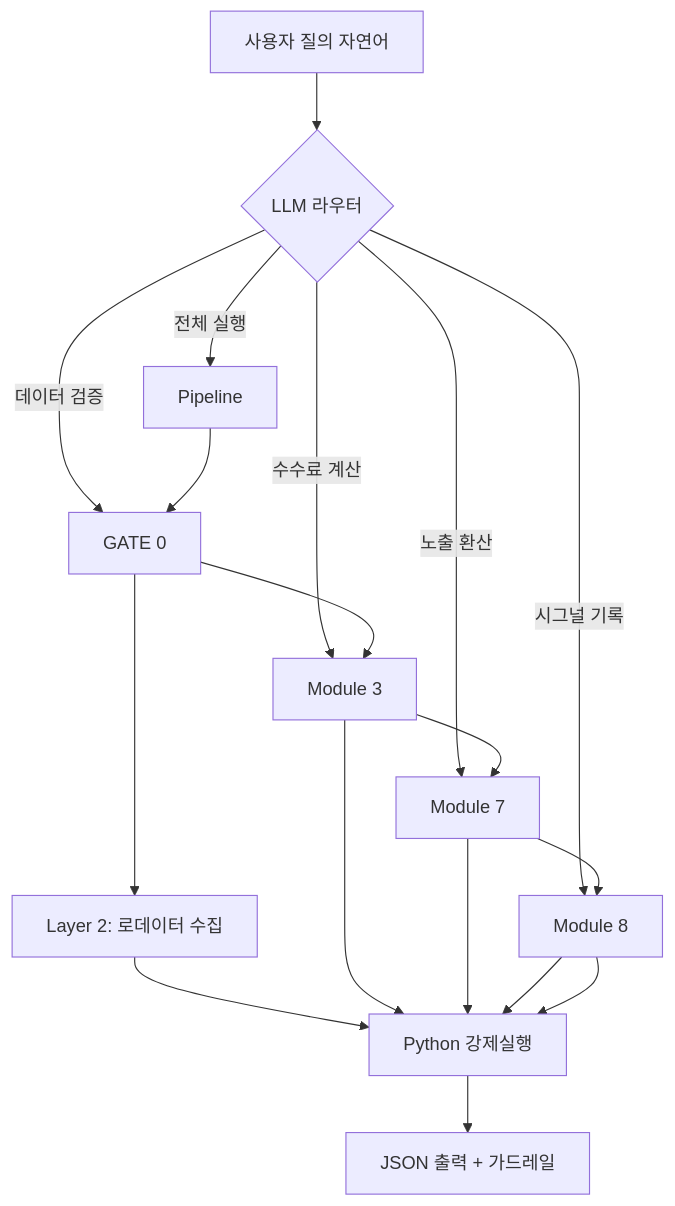
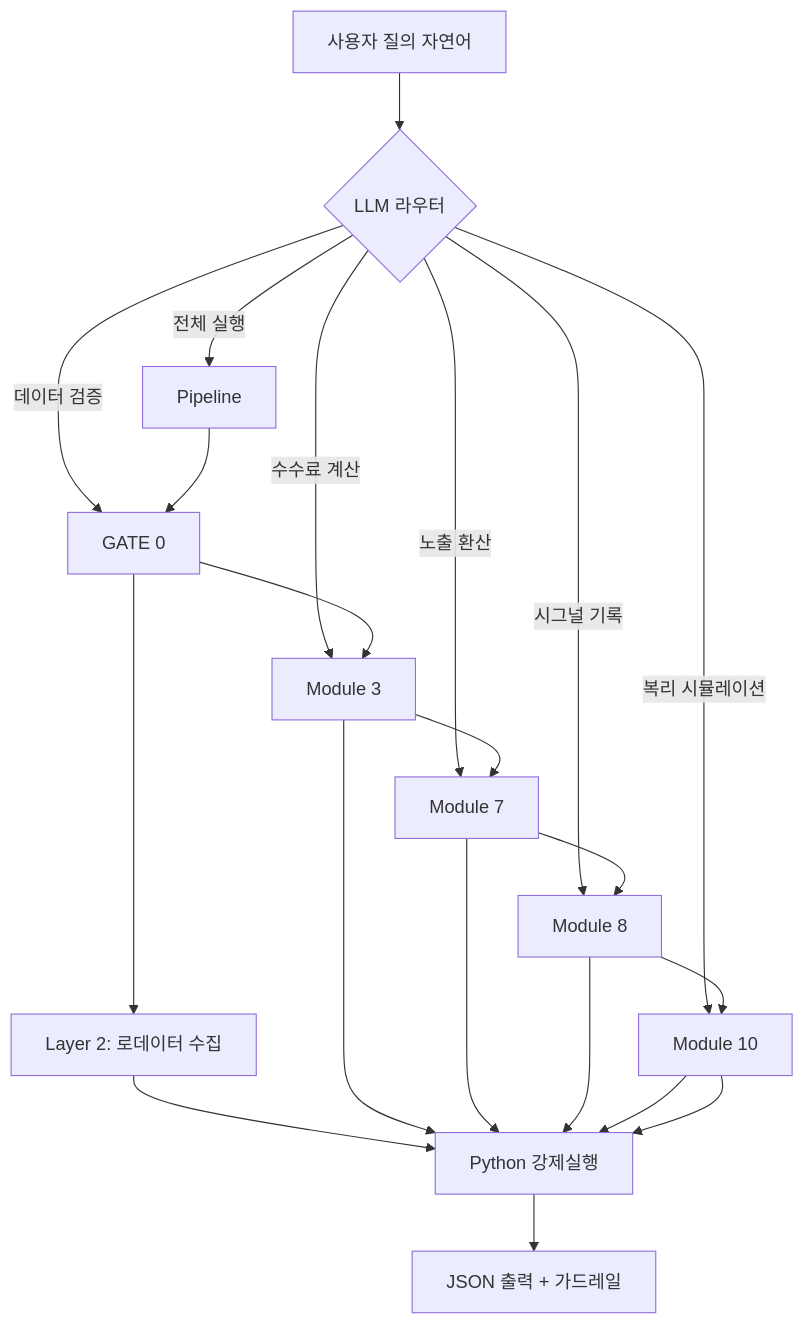
One commit to dtslib1979/OrbitPrompt changed the diagram in dollar-system-mcp/docs/FX_ENGINE_TECH_SPEC.md. Above: the diagram before and after it, drawn with Mermaid. The commit also changed other lines of this file and 4 other files, not shown here.

````diff
--- a/dollar-system-mcp/docs/FX_ENGINE_TECH_SPEC.md
+++ b/dollar-system-mcp/docs/FX_ENGINE_TECH_SPEC.md
@@ -223,16 +246,18 @@
 ```mermaid
 flowchart TD
     A[사용자 질의 자연어] --> B{LLM 라우터}
     B -->|데이터 검증| C[GATE 0]
     B -->|수수료 계산| D[Module 3]
     B -->|노출 환산| E[Module 7]
     B -->|시그널 기록| F[Module 8]
+    B -->|복리 시뮬레이션| H[Module 10]
     B -->|전체 실행| G[Pipeline]
-    C --> H[Layer 2: 로데이터 수집]
-    H --> I[Python 강제실행]
-    I --> J[JSON 출력 + 가드레일]
-    D --> I
-    E --> I
-    F --> I
-    G --> C --> D --> E --> F --> I
+    C --> I[Layer 2: 로데이터 수집]
+    I --> J[Python 강제실행]
+    J --> K[JSON 출력 + 가드레일]
+    D --> J
+    E --> J
+    F --> J
+    H --> J
+    G --> C --> D --> E --> F --> H --> J
 ```
````
